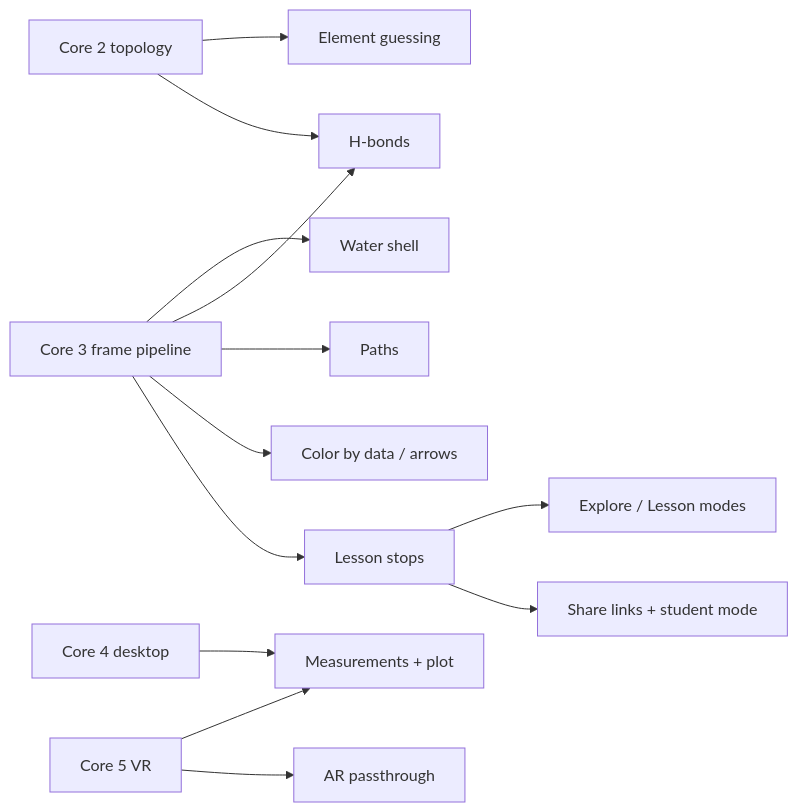
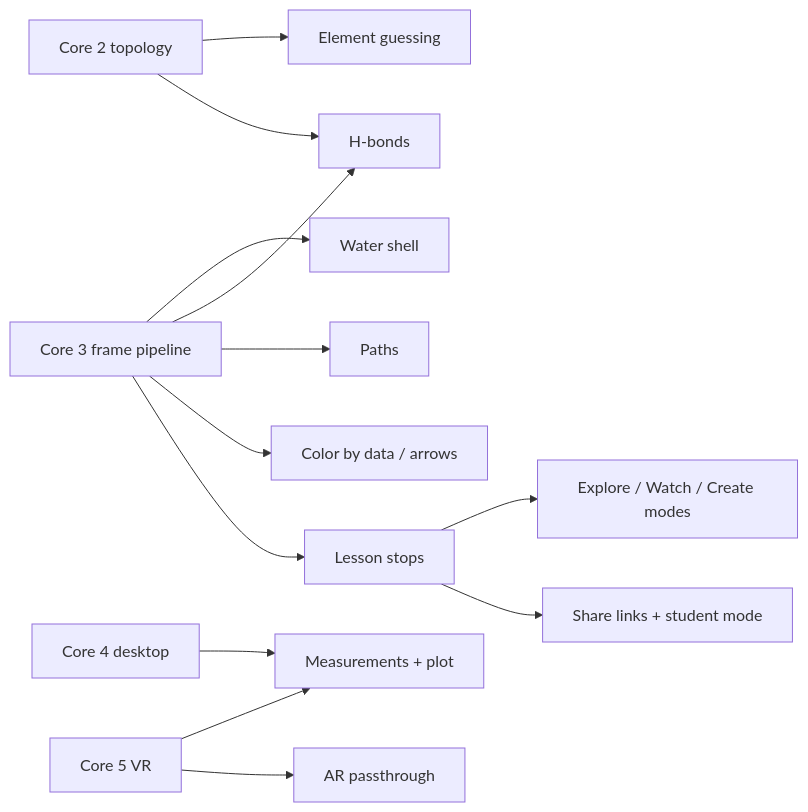
Before and after one commit to arinbb/md-vr-viewer: the second of 2 diagrams in docs/REBUILD_BRIEF.md, drawn with Mermaid. The commit also changed other lines of this file and 4 other files, not shown here.

First line of the commit message:
Three deliberate modes (Explore, Watch, Create); smooth NPT box between frames

````diff
--- a/docs/REBUILD_BRIEF.md
+++ b/docs/REBUILD_BRIEF.md
@@ -171,15 +171,15 @@
 ```mermaid
 flowchart LR
     C2[Core 2 topology] --> EG[Element guessing]
     C2 --> HB[H-bonds]
     C3[Core 3 frame pipeline] --> SH[Water shell]
     C3 --> HB
     C3 --> PA[Paths]
     C3 --> CD[Color by data / arrows]
     C4[Core 4 desktop] --> ME[Measurements + plot]
     C5[Core 5 VR] --> ME
     C5 --> AR[AR passthrough]
     C3 --> LS[Lesson stops]
-    LS --> MO[Explore / Lesson modes]
+    LS --> MO[Explore / Watch / Create modes]
     LS --> SL[Share links + student mode]
 ```
````
